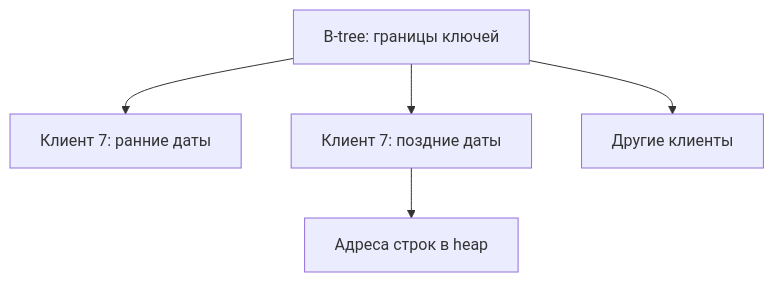
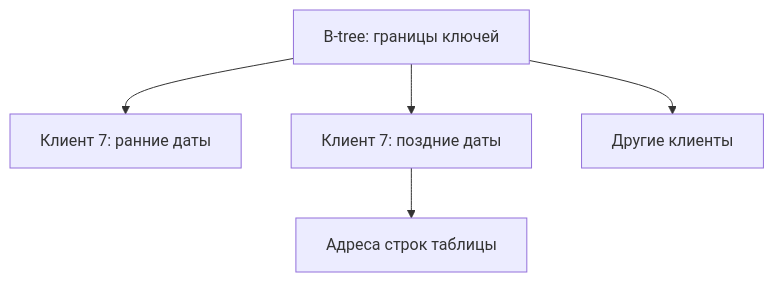
Before and after one commit to leary1337/vault: the diagram in docs/databases/postgresql/indexes.md, drawn with Mermaid. The commit also changed other lines of this file and 325 other files, not shown here.

````diff
--- a/docs/databases/postgresql/indexes.md
+++ b/docs/databases/postgresql/indexes.md
@@ -69,7 +39,7 @@
 ```mermaid
 flowchart TD
     Root[B-tree: границы ключей] --> L[Клиент 7: ранние даты]
     Root --> R[Клиент 7: поздние даты]
     Root --> Other[Другие клиенты]
-    R --> Heap[Адреса строк в heap]
+    R --> Heap[Адреса строк таблицы]
 ```
````
